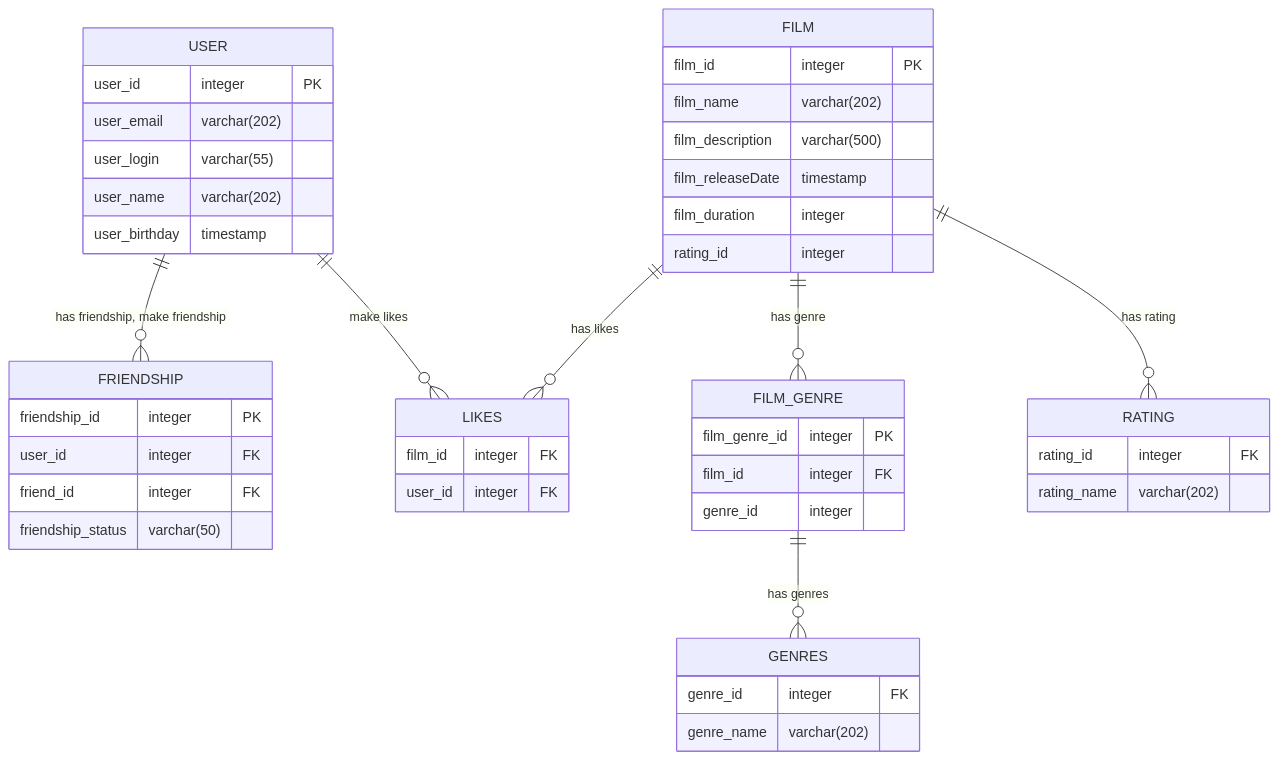
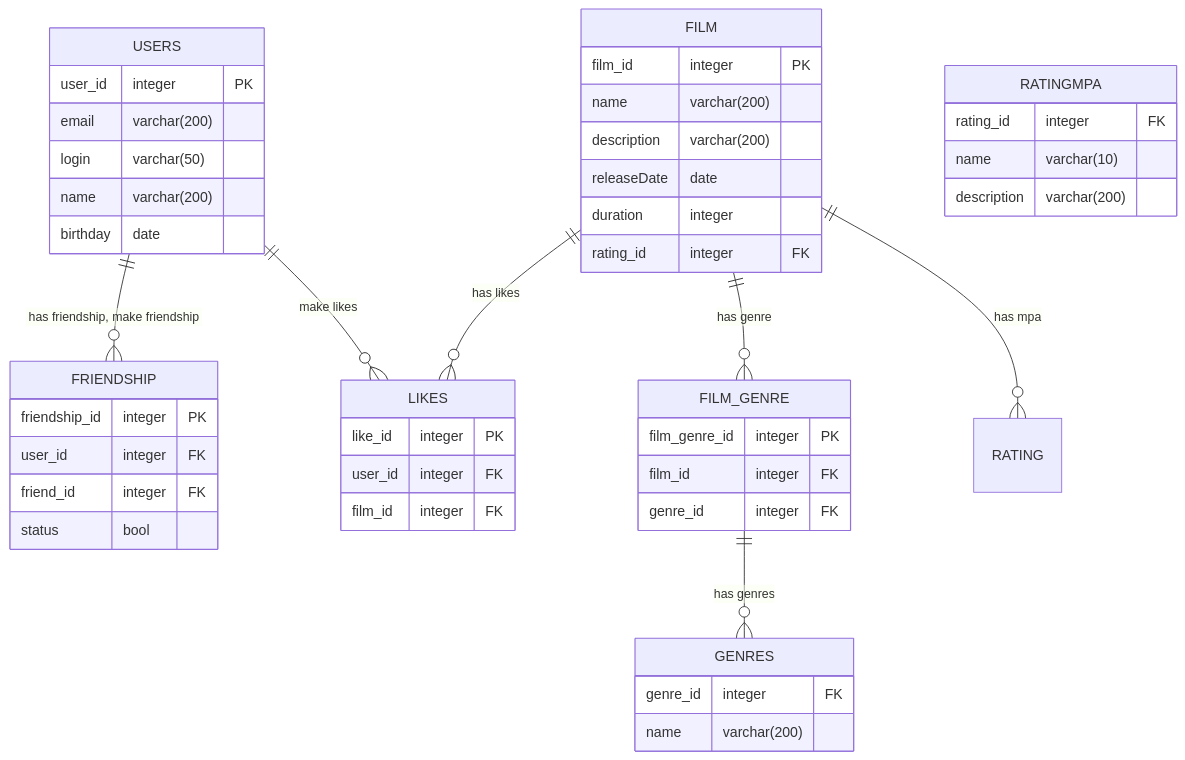
Before and after one commit to VolchenkoP/java-filmorate: the diagram in README.md, drawn with Mermaid. The commit also changed other lines of this file and 60 other files, not shown here.

````diff
--- a/README.md
+++ b/README.md
@@ -7,47 +8,49 @@
 ```mermaid
 erDiagram
-    USER || --o{ FRIENDSHIP : "has friendship, make friendship"
-    USER || --o{ LIKES : "make likes"
-    USER {
+    USERS || --o{ FRIENDSHIP : "has friendship, make friendship"
+    USERS || --o{ LIKES : "make likes"
+    USERS {
     user_id integer PK
-    user_email varchar(202)
-    user_login varchar(55)
-    user_name varchar(202)
-    user_birthday timestamp
+    email varchar(200)
+    login varchar(50)
+    name varchar(200)
+    birthday date
     }
     FRIENDSHIP {
     friendship_id integer PK    
     user_id integer FK
     friend_id integer FK
-    friendship_status varchar(50)
+    status bool
     }
     FILM || --o{ FILM_GENRE : "has genre"
     FILM || --o{ LIKES : "has likes"
-    FILM || --o{ RATING : "has rating"
+    FILM || --o{ RATING : "has mpa"
     FILM {
     film_id integer PK
-    film_name varchar(202)
-    film_description varchar(500)
-    film_releaseDate timestamp
-    film_duration integer
-    rating_id integer
+    name varchar(200)
+    description varchar(200)
+    releaseDate date
+    duration integer
+    rating_id integer FK
     }
     FILM_GENRE || --o{ GENRES : "has genres"
     FILM_GENRE {
     film_genre_id integer PK
     film_id integer FK
-    genre_id integer
+    genre_id integer FK
     }
     GENRES {
     genre_id integer FK
-    genre_name varchar(202)
+    name varchar(200)
     }
-    RATING {
+    RATINGMPA {
     rating_id integer FK
-    rating_name varchar(202)
+    name varchar(10)
+    description varchar(200)
     }
     LIKES {
+    like_id integer PK
+    user_id integer FK
     film_id integer FK
-    user_id integer FK
     }
 ```
````
